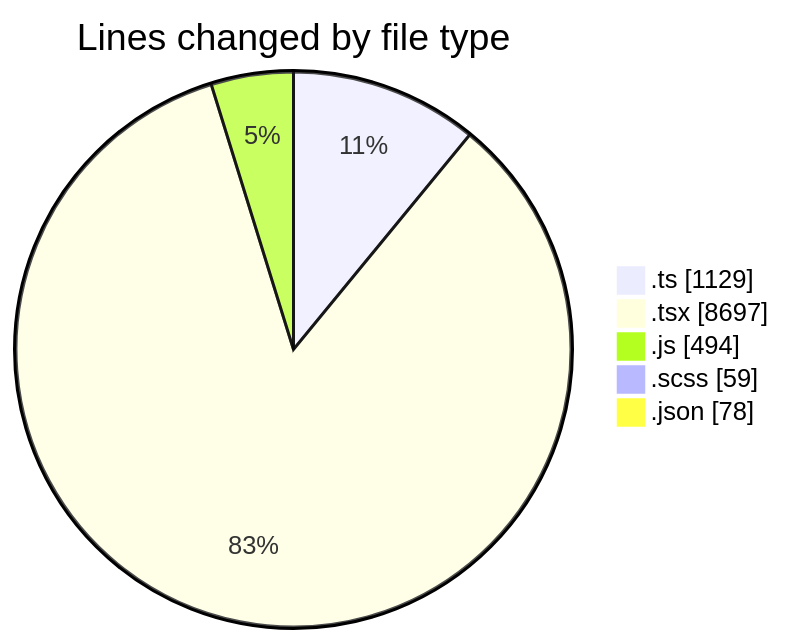
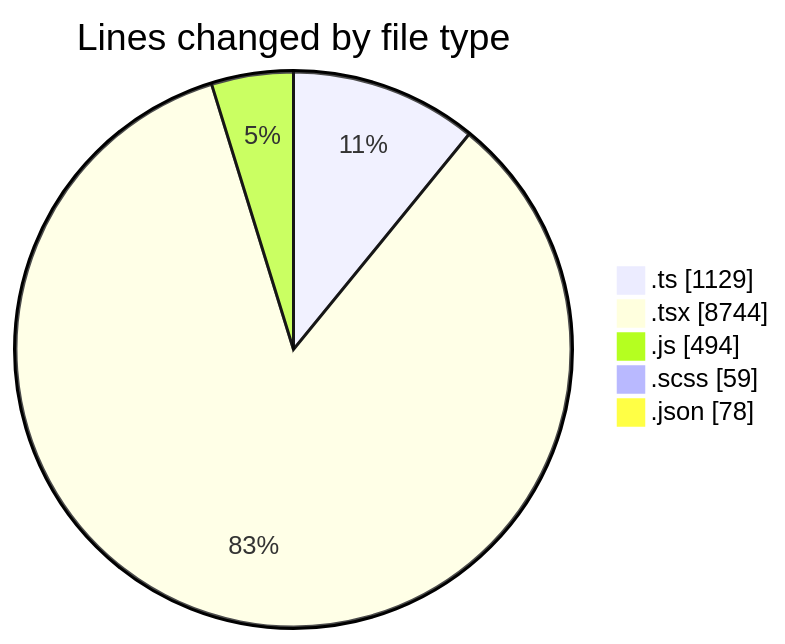
One commit to momahboobian/code-tracking changed the first of 2 diagrams in 2025-09-02/cda/README.md. Above: the diagram before and after it, drawn with Mermaid. The commit also changed other lines of this file and 1 other file, not shown here.

````diff
--- a/2025-09-02/cda/README.md
+++ b/2025-09-02/cda/README.md
@@ -33,9 +33,9 @@
 ```mermaid
 pie showData
 title Lines changed by file type
 ".ts" : 1129
-".tsx" : 8697
+".tsx" : 8744
 ".js" : 494
 ".scss" : 59
 ".json" : 78
 ```
````
